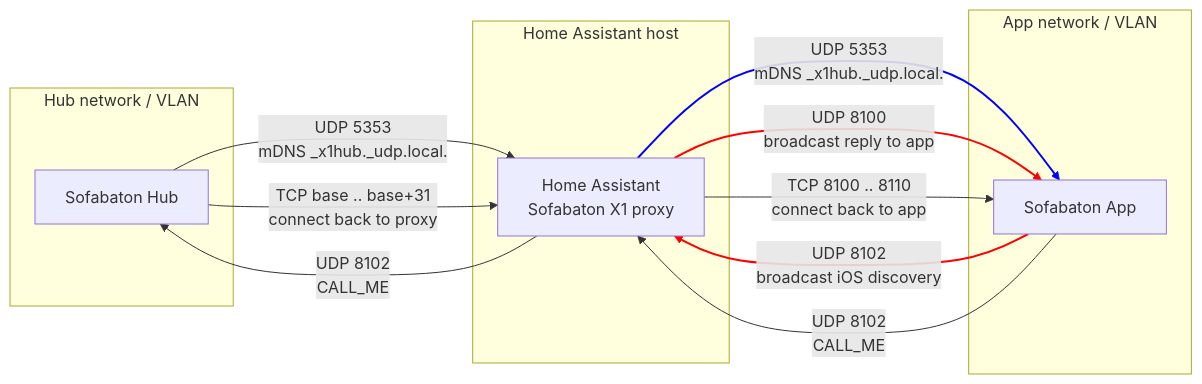
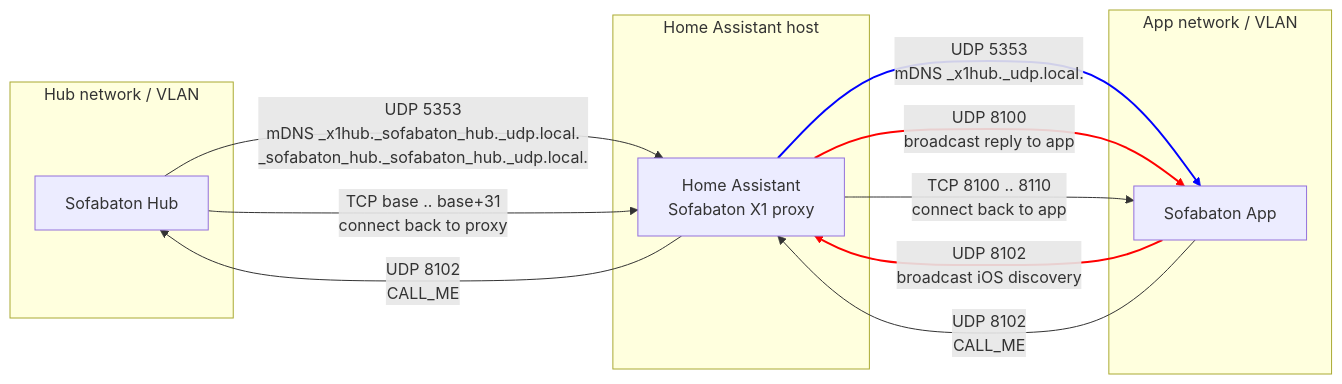
The diagram in docs/networking.md (m3tac0de/home-assistant-sofabaton-x1s), drawn with Mermaid before and after one commit. The commit also changed other lines of this file, not shown here.

````diff
--- a/docs/networking.md
+++ b/docs/networking.md
@@ -5,44 +5,44 @@
 ```mermaid
 graph LR
     subgraph VLAN_HUB [Hub network / VLAN]
       Hub[Sofabaton Hub]
     end
 
     subgraph VLAN_HA [Home Assistant host]
       HA[Home Assistant<br>Sofabaton X1 proxy]
     end
 
     subgraph VLAN_APP [App network / VLAN]
       App[Sofabaton App]
     end
 
     %% Hub <-> Proxy (Segment 1)
-    Hub -->|UDP 5353<br>mDNS _x1hub._udp.local.| HA
+    Hub -->|UDP 5353<br>mDNS _x1hub._sofabaton_hub._udp.local.<br>_sofabaton_hub._sofabaton_hub._udp.local.| HA
     HA -->|UDP 8102<br>CALL_ME| Hub
     Hub -->|TCP base .. base+31<br>connect back to proxy| HA
 
     %% App discovery via mDNS
     HA -->|UDP 5353<br>mDNS _x1hub._udp.local.| App
 
     %% iOS specific UDP broadcast discovery
     App -->|UDP 8102<br>broadcast iOS discovery| HA
     HA -->|UDP 8100<br>broadcast reply to app| App
 
     %% App connect and control
     App -->|UDP 8102<br>CALL_ME| HA
     HA -->|TCP 8100 .. 8110<br>connect back to app| App
 
     %% linkStyle indexes are 0-based in order of the edges above
     %% 0: Hub->HA mDNS
     %% 1: HA->Hub CALL_ME
     %% 2: Hub->HA TCP
     %% 3: HA->App mDNS
     %% 4: App->HA iOS broadcast
     %% 5: HA->App iOS reply
     %% 6: App->HA CALL_ME
     %% 7: HA->App TCP 8100-8110
 
     linkStyle 3 stroke:#0000ff,stroke-width:2px;
     linkStyle 4 stroke:#ff0000,stroke-width:2px;
     linkStyle 5 stroke:#ff0000,stroke-width:2px;
 ```
````
